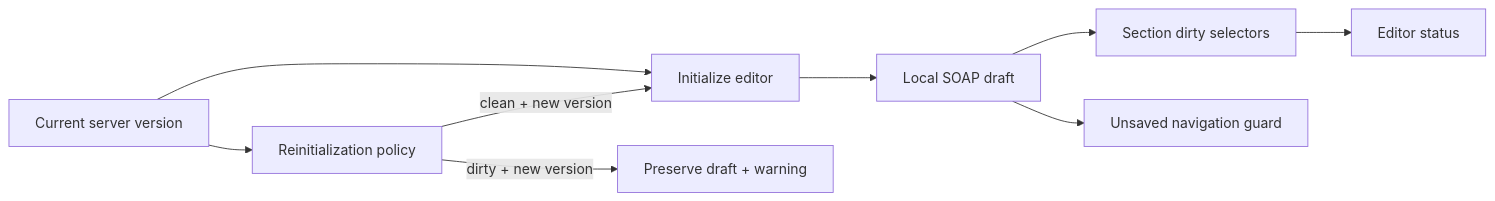
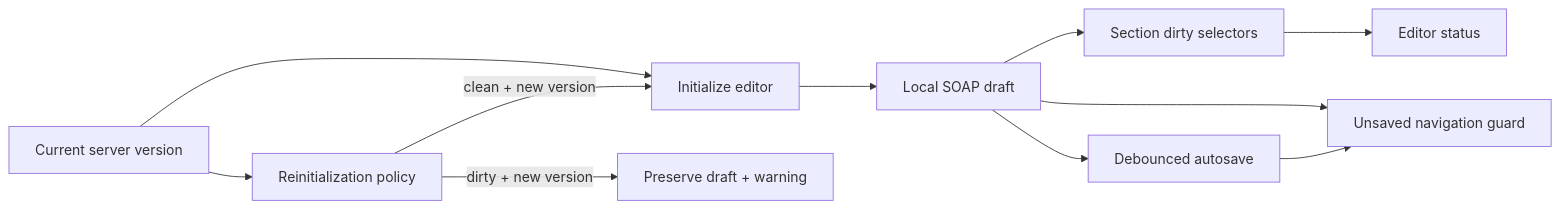
One commit to apollo0929/soulside-clinical-notes-frontend changed the seventh of 9 diagrams in docs/architecture.md. Above: the diagram before and after it, drawn with Mermaid. The commit also changed other lines of this file and 25 other files, not shown here.

````diff
--- a/docs/architecture.md
+++ b/docs/architecture.md
@@ -368,11 +366,13 @@
 ```mermaid
 flowchart LR
   DetailQuery[Current server version] --> Init[Initialize editor]
   Init --> Draft[Local SOAP draft]
   Draft --> Dirty[Section dirty selectors]
   Dirty --> UI[Editor status]
   Draft --> Guard[Unsaved navigation guard]
+  Draft --> Autosave[Debounced autosave]
+  Autosave --> Guard
   DetailQuery --> Sync[Reinitialization policy]
   Sync -->|clean + new version| Init
   Sync -->|dirty + new version| Preserve[Preserve draft + warning]
 ```
````
